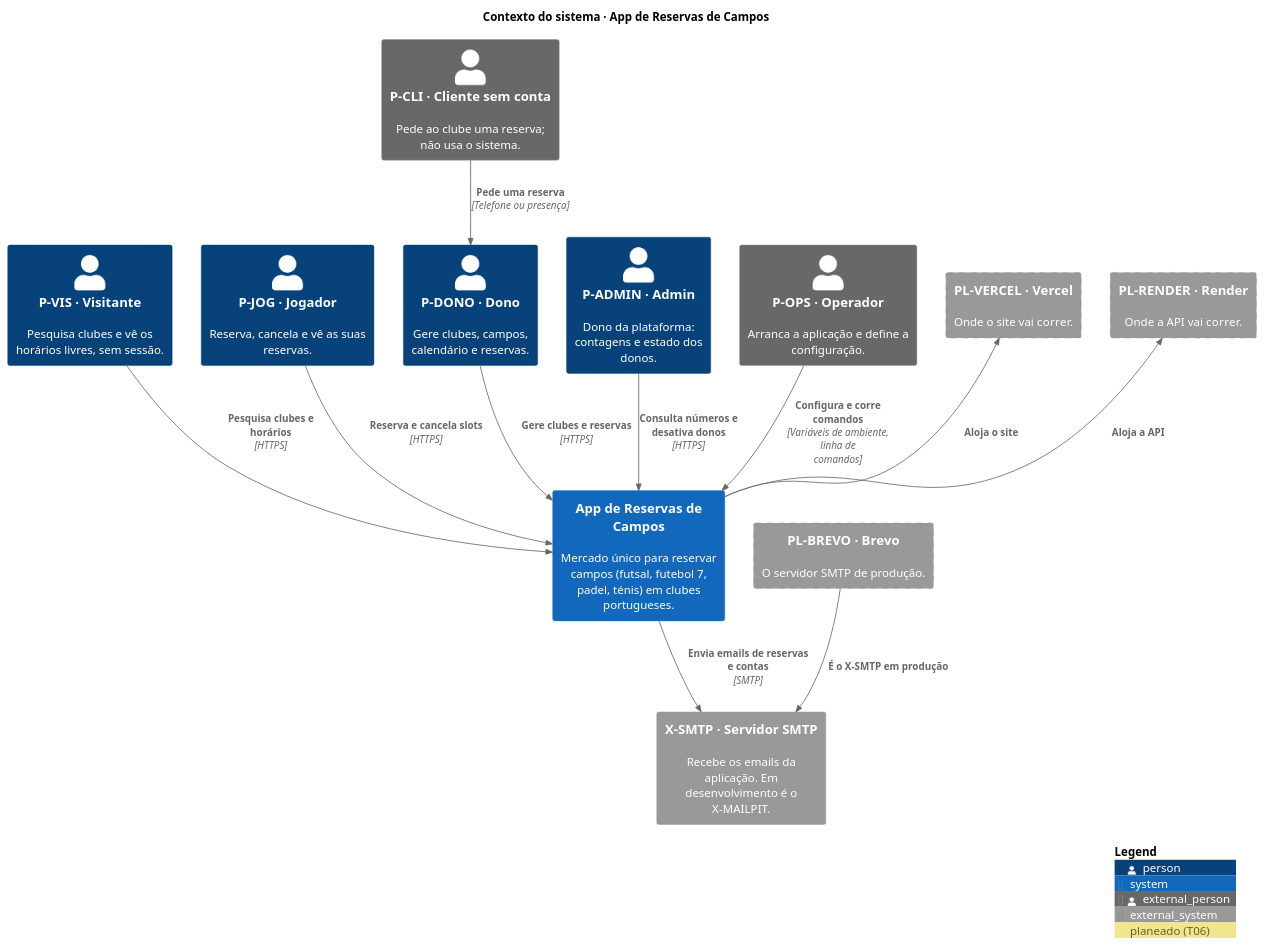
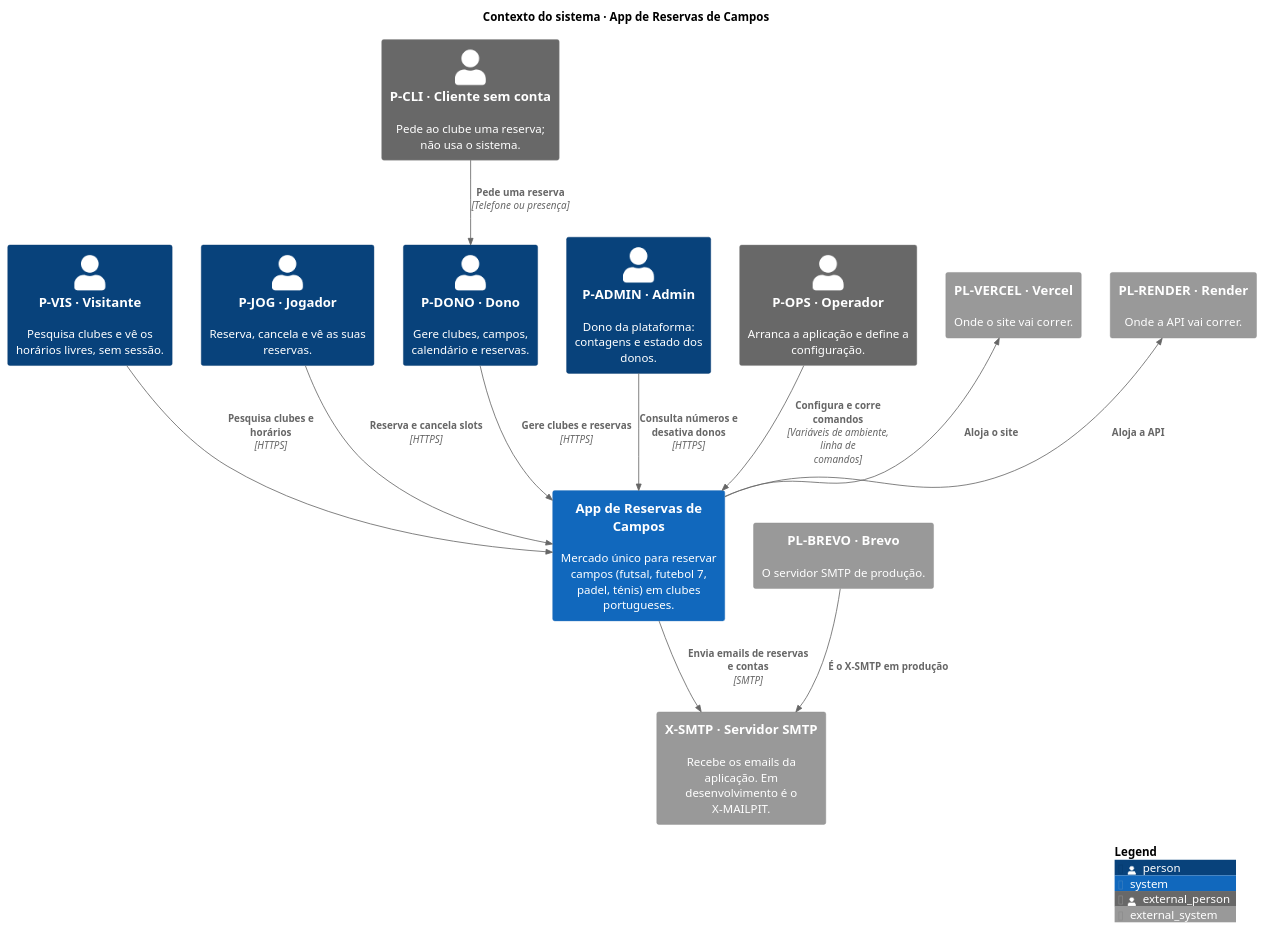
One commit to rodrigo4sousa/SportsEstablishments changed the diagram in docs/architecture/diagrams/01-context.puml. Above: the diagram before and after it, drawn with PlantUML. The commit also changed 19 other files, not shown here.

```diff
--- a/docs/architecture/diagrams/01-context.puml
+++ b/docs/architecture/diagrams/01-context.puml
@@ -2,36 +2,35 @@
 @startuml 01-context
 !include <C4/C4_Context>
 
 title Contexto do sistema · App de Reservas de Campos
 
 LAYOUT_TOP_DOWN()
 HIDE_STEREOTYPE()
-AddElementTag("planeado", $borderStyle=DashedLine(), $legendText="planeado (T06)")
 
 Person(P_VIS, "P-VIS · Visitante", "Pesquisa clubes e vê os horários livres, sem sessão.")
 Person(P_JOG, "P-JOG · Jogador", "Reserva, cancela e vê as suas reservas.")
 Person(P_DONO, "P-DONO · Dono", "Gere clubes, campos, calendário e reservas.")
 Person(P_ADMIN, "P-ADMIN · Admin", "Dono da plataforma: contagens e estado dos donos.")
 Person_Ext(P_CLI, "P-CLI · Cliente sem conta", "Pede ao clube uma reserva; não usa o sistema.")
 Person_Ext(P_OPS, "P-OPS · Operador", "Arranca a aplicação e define a configuração.")
 
 System(SYS, "App de Reservas de Campos", "Mercado único para reservar campos (futsal, futebol 7, padel, ténis) em clubes portugueses.")
 
 System_Ext(X_SMTP, "X-SMTP · Servidor SMTP", "Recebe os emails da aplicação. Em desenvolvimento é o X-MAILPIT.")
-System_Ext(PL_BREVO, "PL-BREVO · Brevo", "O servidor SMTP de produção.", $tags="planeado")
-System_Ext(PL_VERCEL, "PL-VERCEL · Vercel", "Onde o site vai correr.", $tags="planeado")
-System_Ext(PL_RENDER, "PL-RENDER · Render", "Onde a API vai correr.", $tags="planeado")
+System_Ext(PL_BREVO, "PL-BREVO · Brevo", "O servidor SMTP de produção.")
+System_Ext(PL_VERCEL, "PL-VERCEL · Vercel", "Onde o site vai correr.")
+System_Ext(PL_RENDER, "PL-RENDER · Render", "Onde a API vai correr.")
 
 Rel(P_VIS, SYS, "Pesquisa clubes e horários", "HTTPS")
 Rel(P_JOG, SYS, "Reserva e cancela slots", "HTTPS")
 Rel(P_DONO, SYS, "Gere clubes e reservas", "HTTPS")
 Rel(P_ADMIN, SYS, "Consulta números e desativa donos", "HTTPS")
 Rel(P_CLI, P_DONO, "Pede uma reserva", "Telefone ou presença")
 Rel(P_OPS, SYS, "Configura e corre comandos", "Variáveis de ambiente, linha de comandos")
 Rel(SYS, X_SMTP, "Envia emails de reservas e contas", "SMTP")
 Rel(PL_BREVO, X_SMTP, "É o X-SMTP em produção", "")
 Rel_Back(PL_VERCEL, SYS, "Aloja o site", "")
 Rel_Back(PL_RENDER, SYS, "Aloja a API", "")
 
 SHOW_LEGEND()
 @enduml
```
